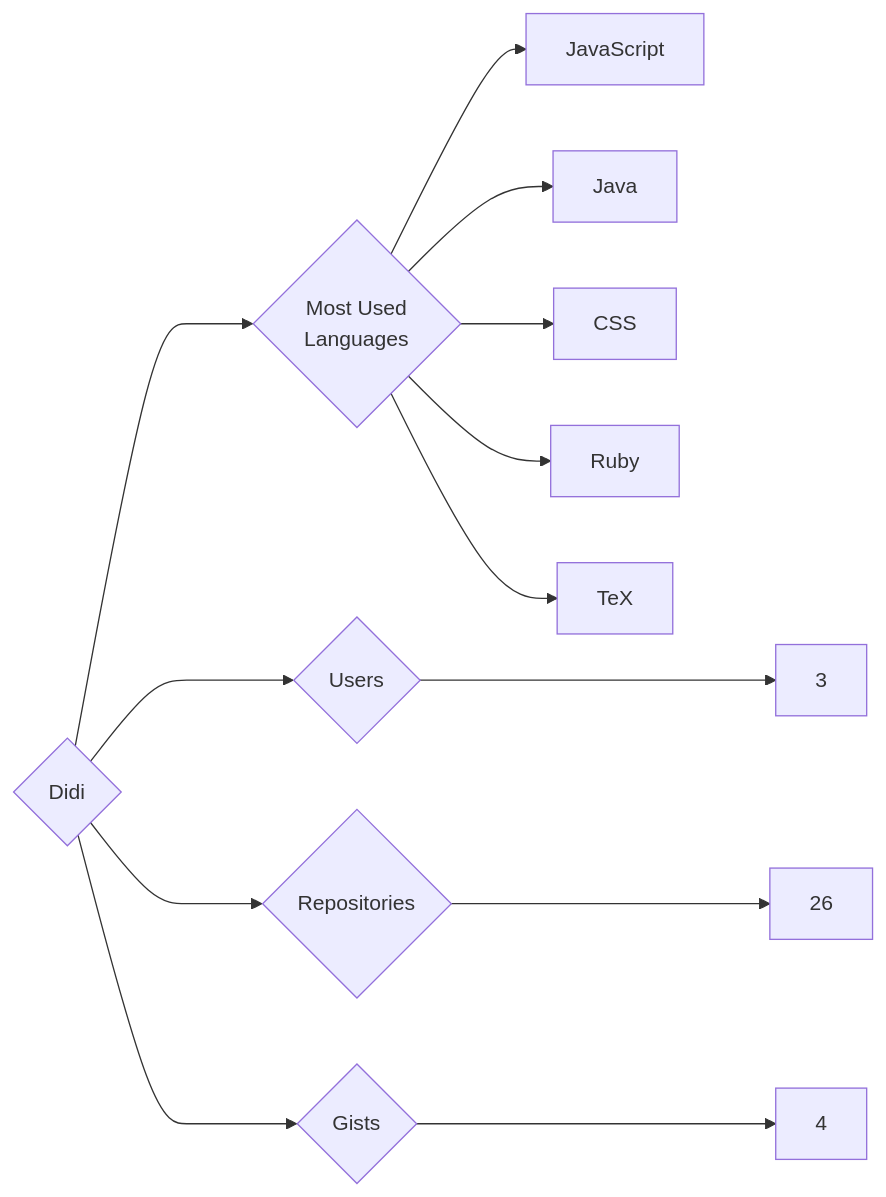
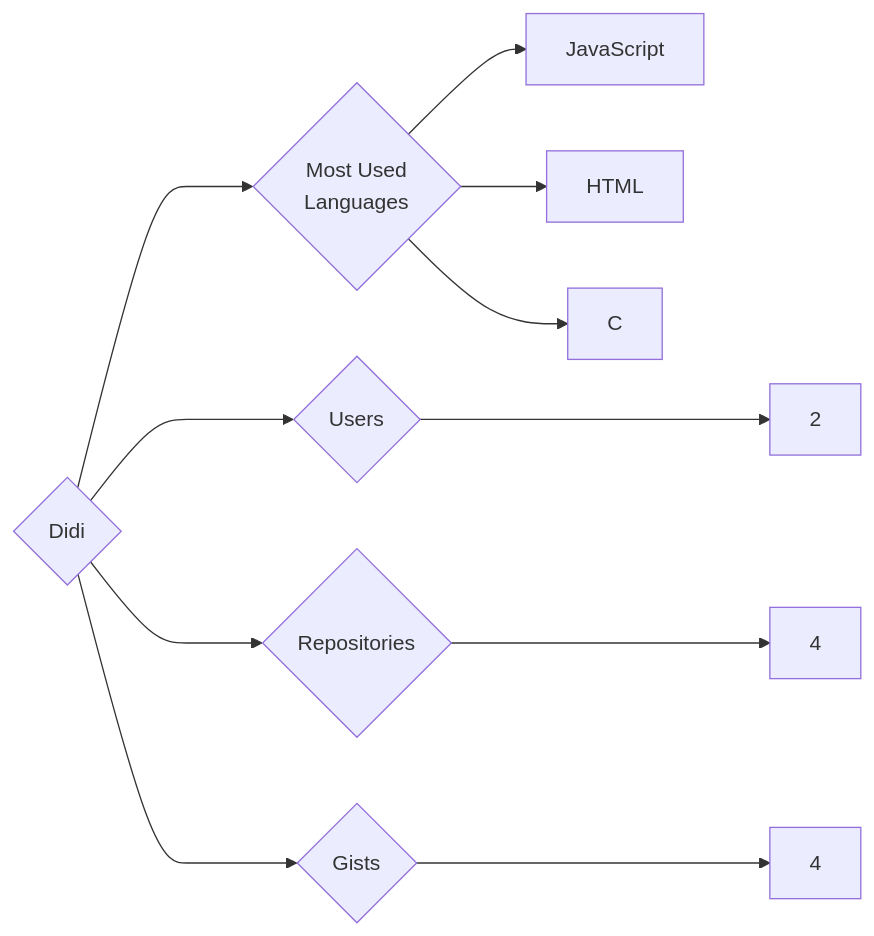
One commit to trickest/insiders changed the diagram in targets/Didi/README.md. Above: the diagram before and after it, drawn with Mermaid. The commit also changed 815 other files, not shown here.

````diff
--- a/targets/Didi/README.md
+++ b/targets/Didi/README.md
@@ -3,13 +3,11 @@
 ```mermaid
 graph LR
 COMPANY_NAME{Didi}
-COMPANY_NAME ---> U{Users} ---> UN[3]
-COMPANY_NAME ---> R{Repositories} ---> RN[26]
+COMPANY_NAME ---> U{Users} ---> UN[2]
+COMPANY_NAME ---> R{Repositories} ---> RN[4]
 COMPANY_NAME ---> G{Gists} ---> GN[4]
 COMPANY_NAME ---> ML{Most Used<br>Languages}
 ML --> JavaScript[JavaScript]
-ML --> Java[Java]
-ML --> CSS[CSS]
-ML --> Ruby[Ruby]
-ML --> TeX[TeX]
+ML --> HTML[HTML]
+ML --> C[C]
 ```
````
